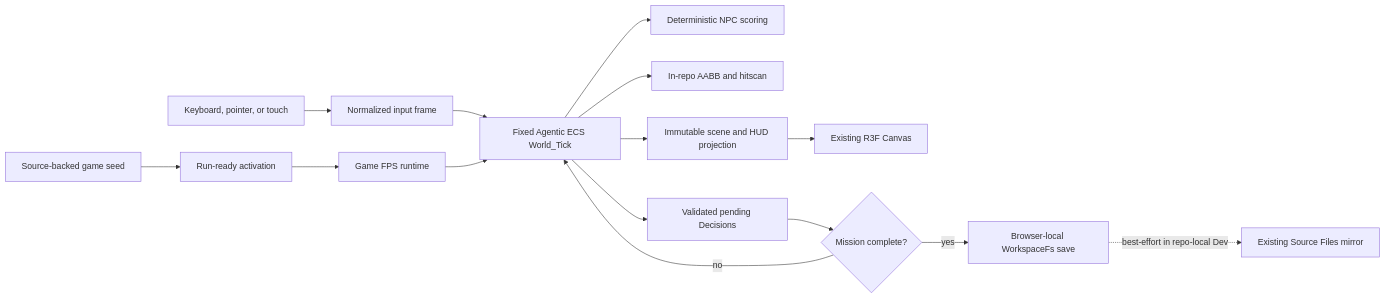
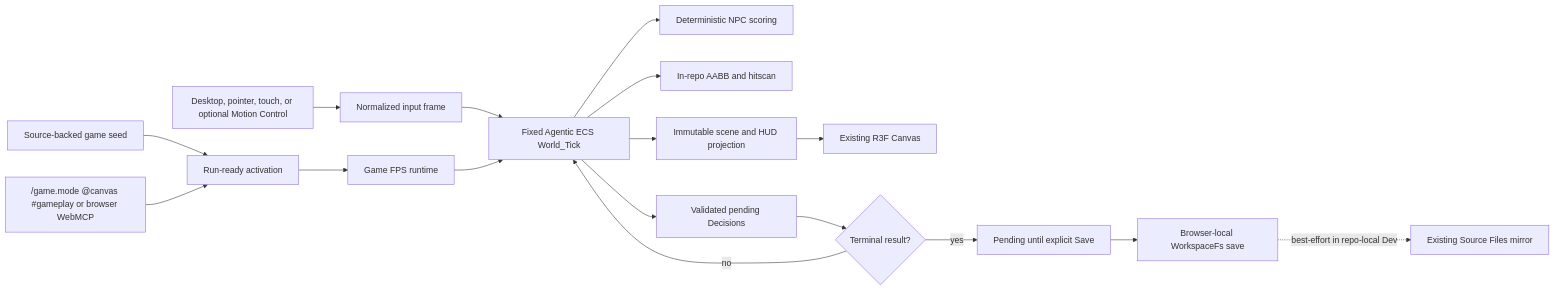
Before and after one commit to huijoohwee/knowgrph: the diagram in docs/documents/knowgrph-game-fps-prd-tad.md, drawn with Mermaid. The commit also changed other lines of this file and 3 other files, not shown here.

Commit message:
docs: record Game Mode runtime readiness

````diff
--- a/docs/documents/knowgrph-game-fps-prd-tad.md
+++ b/docs/documents/knowgrph-game-fps-prd-tad.md
@@ -182,17 +209,19 @@
 ```mermaid
 flowchart LR
   SEED["Source-backed game seed"] --> ACTIVATE["Run-ready activation"]
+  INVOKE["/game.mode @canvas #gameplay or browser WebMCP"] --> ACTIVATE
   ACTIVATE --> RUNTIME["Game FPS runtime"]
-  INPUT["Keyboard, pointer, or touch"] --> NORMALIZE["Normalized input frame"]
+  INPUT["Desktop, pointer, touch, or optional Motion Control"] --> NORMALIZE["Normalized input frame"]
   NORMALIZE --> TICK["Fixed Agentic ECS World_Tick"]
   RUNTIME --> TICK
   TICK --> AI["Deterministic NPC scoring"]
   TICK --> COLLISION["In-repo AABB and hitscan"]
   TICK --> VIEW["Immutable scene and HUD projection"]
   VIEW --> THREE["Existing R3F Canvas"]
   TICK --> PENDING["Validated pending Decisions"]
-  PENDING --> COMPLETE{"Mission complete?"}
-  COMPLETE -->|no| TICK
-  COMPLETE -->|yes| SAVE["Browser-local WorkspaceFs save"]
+  PENDING --> TERMINAL{"Terminal result?"}
+  TERMINAL -->|no| TICK
+  TERMINAL -->|yes| WAIT["Pending until explicit Save"]
+  WAIT --> SAVE["Browser-local WorkspaceFs save"]
   SAVE -. "best-effort in repo-local Dev" .-> MIRROR["Existing Source Files mirror"]
 ```
````
